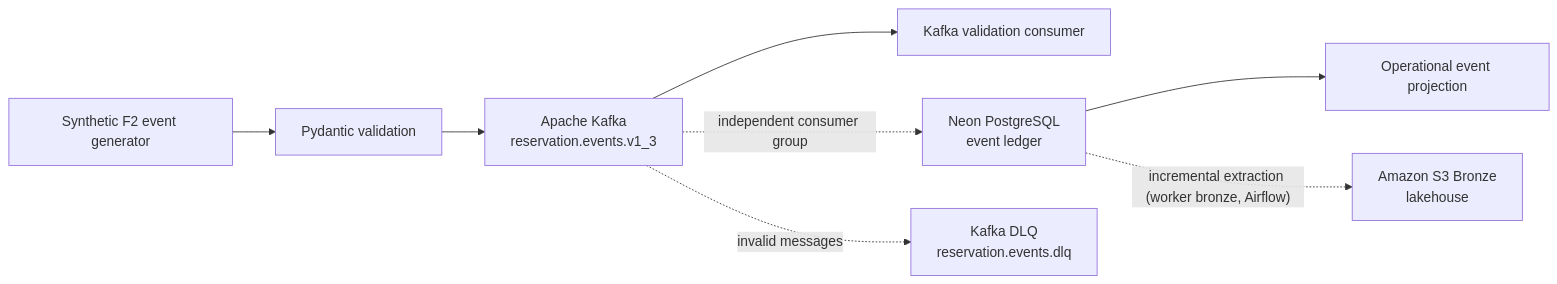
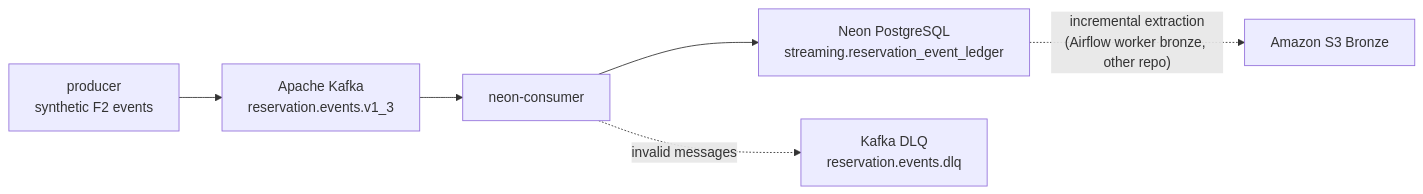
One commit to HospedaPlus/buenavista-streaming changed the diagram in README.md. Above: the diagram before and after it, drawn with Mermaid. The commit also changed other lines of this file, not shown here.

````diff
--- a/README.md
+++ b/README.md
@@ -39,10 +61,8 @@
 ```mermaid
 flowchart LR
-    A["Synthetic F2 event generator"] --> B["Pydantic validation"]
-    B --> C["Apache Kafka<br/>reservation.events.v1_3"]
-    C --> D["Kafka validation consumer"]
-    C -. "independent consumer group" .-> E["Neon PostgreSQL<br/>event ledger"]
-    C -. "invalid messages" .-> X["Kafka DLQ<br/>reservation.events.dlq"]
-    E --> G["Operational event projection"]
-    E -. "incremental extraction (worker bronze, Airflow)" .-> F["Amazon S3 Bronze<br/>lakehouse"]
+    P["producer<br/>synthetic F2 events"] --> K["Apache Kafka<br/>reservation.events.v1_3"]
+    K --> C["neon-consumer"]
+    C --> N["Neon PostgreSQL<br/>streaming.reservation_event_ledger"]
+    C -. "invalid messages" .-> D["Kafka DLQ<br/>reservation.events.dlq"]
+    N -. "incremental extraction<br/>(Airflow worker bronze, other repo)" .-> S["Amazon S3 Bronze"]
 ```
````
